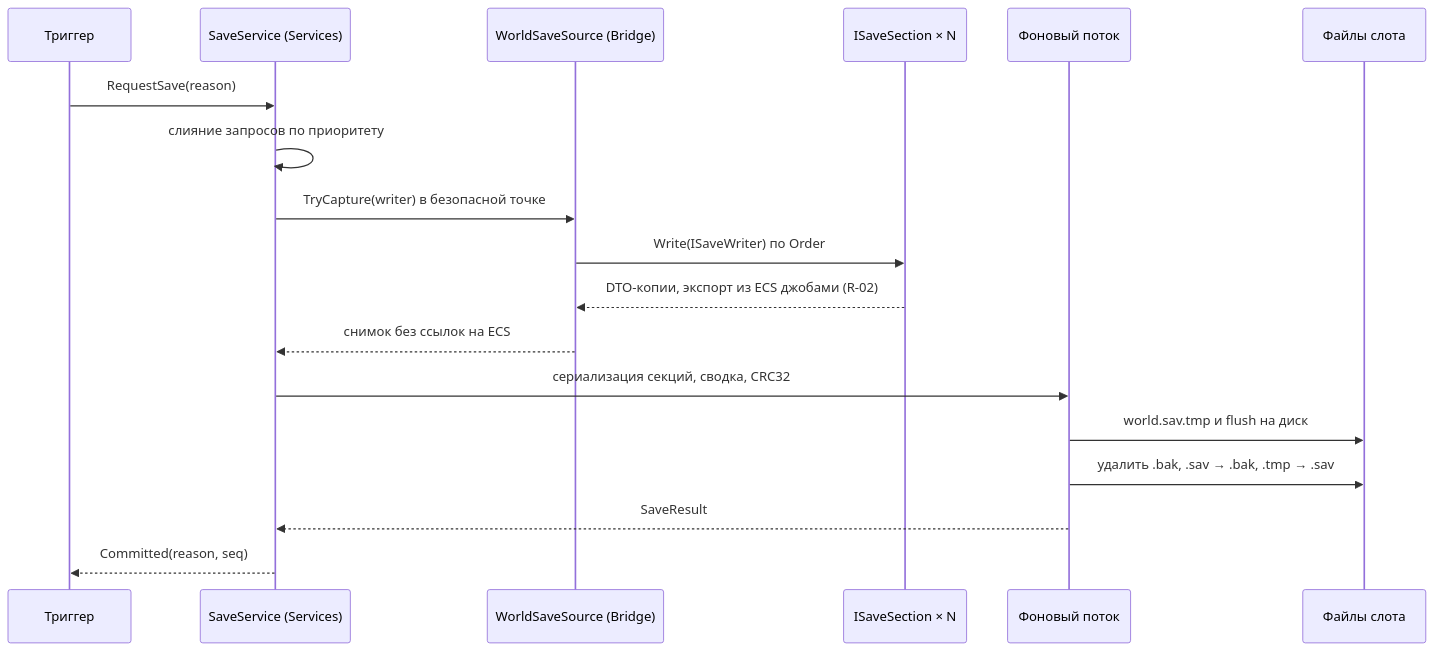
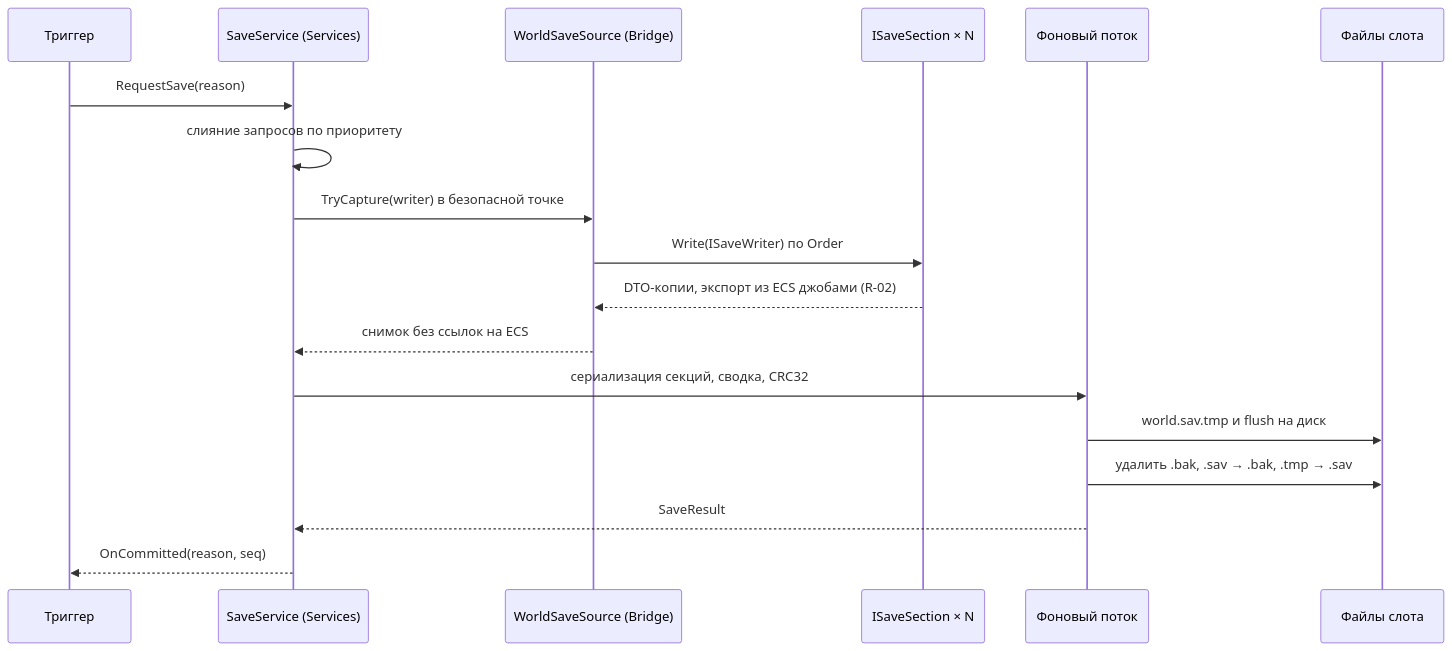
One commit to ArtesiaDev/Rise-to-Panteon changed the third of 4 diagrams in Docs/Tech/Architecture/Services.md. Above: the diagram before and after it, drawn with Mermaid. The commit also changed other lines of this file and 59 other files, not shown here.

````diff
--- a/Docs/Tech/Architecture/Services.md
+++ b/Docs/Tech/Architecture/Services.md
@@ -266,20 +281,20 @@
 ```mermaid
 sequenceDiagram
     participant T as Триггер
     participant SS as SaveService (Services)
     participant WS as WorldSaveSource (Bridge)
     participant SEC as ISaveSection × N
     participant BG as Фоновый поток
     participant FS as Файлы слота
     T->>SS: RequestSave(reason)
     SS->>SS: слияние запросов по приоритету
     SS->>WS: TryCapture(writer) в безопасной точке
     WS->>SEC: Write(ISaveWriter) по Order
     SEC-->>WS: DTO-копии, экспорт из ECS джобами (R-02)
     WS-->>SS: снимок без ссылок на ECS
     SS->>BG: сериализация секций, сводка, CRC32
     BG->>FS: world.sav.tmp и flush на диск
     BG->>FS: удалить .bak, .sav → .bak, .tmp → .sav
     BG-->>SS: SaveResult
-    SS-->>T: Committed(reason, seq)
+    SS-->>T: OnCommitted(reason, seq)
 ```
````
